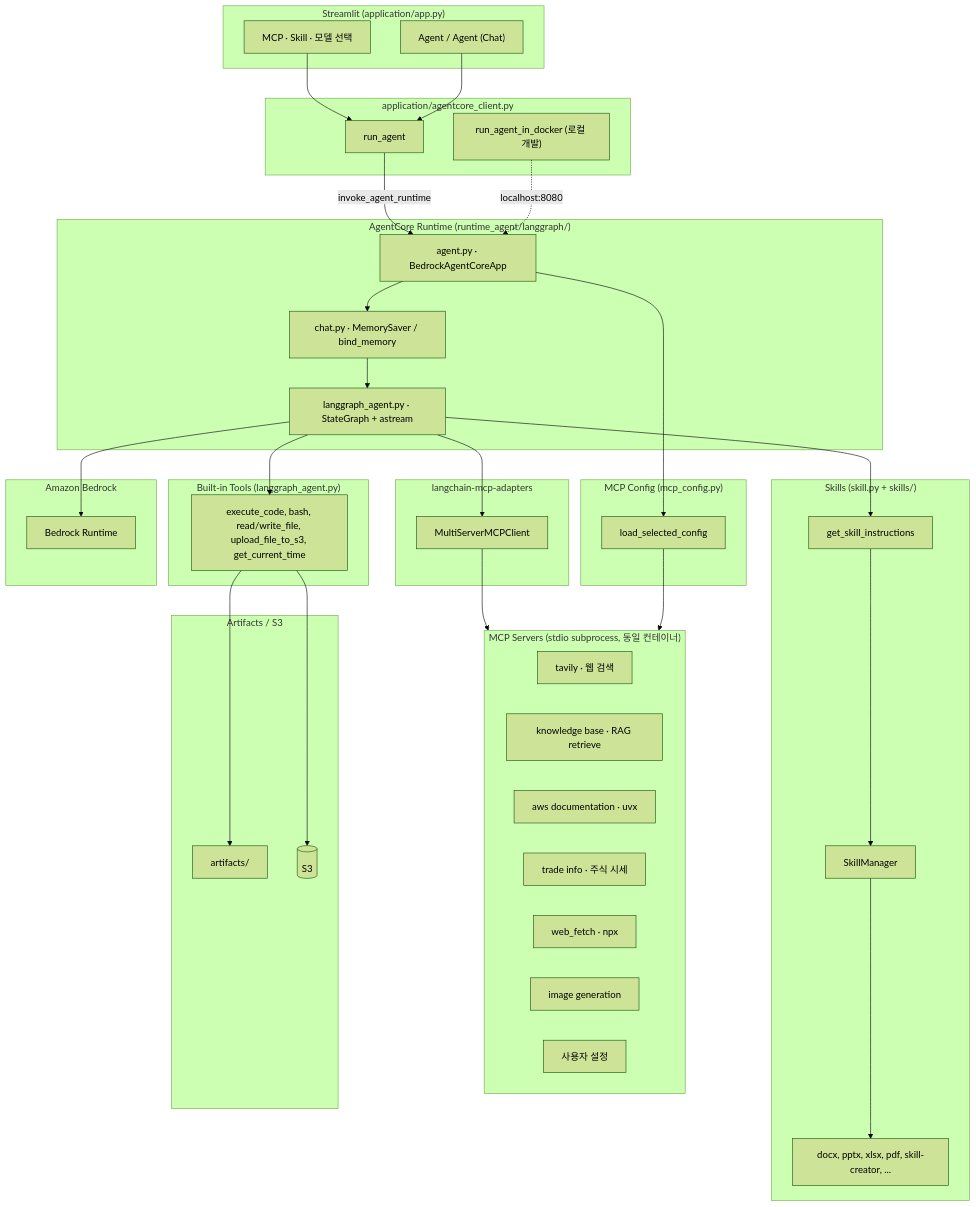
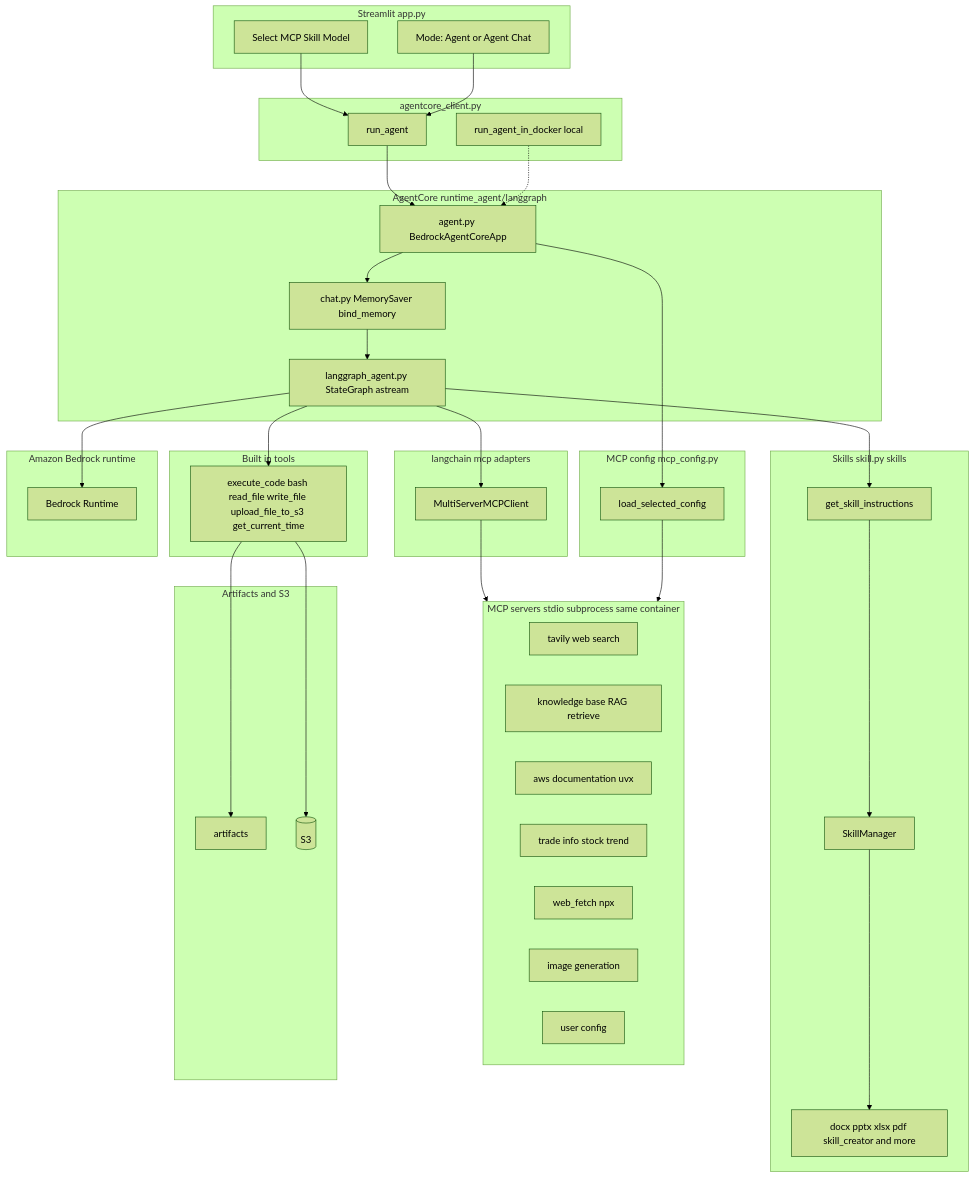
One commit to kyopark2014/langgraph-runtime changed the diagram in README.md. Above: the diagram before and after it, drawn with Mermaid (forest theme).

````diff
--- a/README.md
+++ b/README.md
@@ -19,77 +19,77 @@
 ```mermaid
 flowchart TB
-  subgraph UI["Streamlit (application/app.py)"]
-    MODE["Agent / Agent (Chat)"]
-    SEL["MCP · Skill · 모델 선택"]
+  subgraph UI["Streamlit app.py"]
+    MODE["Mode: Agent or Agent Chat"]
+    SEL["Select MCP Skill Model"]
   end
 
-  subgraph Client["application/agentcore_client.py"]
+  subgraph Client["agentcore_client.py"]
     RA[run_agent]
-    RD["run_agent_in_docker (로컬 개발)"]
+    RD["run_agent_in_docker local"]
   end
 
-  subgraph Runtime["AgentCore Runtime (runtime_agent/langgraph/)"]
-    AG["agent.py · BedrockAgentCoreApp"]
-    CHAT["chat.py · MemorySaver / bind_memory"]
-    LGA["langgraph_agent.py · StateGraph + astream"]
+  subgraph Runtime["AgentCore runtime_agent/langgraph"]
+    AG["agent.py BedrockAgentCoreApp"]
+    CHAT["chat.py MemorySaver bind_memory"]
+    LGA["langgraph_agent.py StateGraph astream"]
   end
 
-  subgraph BuiltIn["Built-in Tools (langgraph_agent.py)"]
-    LGB["execute_code, bash, read/write_file, upload_file_to_s3, get_current_time"]
+  subgraph BuiltIn["Built in tools"]
+    LGB["execute_code bash read_file write_file upload_file_to_s3 get_current_time"]
   end
 
-  subgraph Skills["Skills (skill.py + skills/)"]
+  subgraph Skills["Skills skill.py skills"]
     SKM[SkillManager]
     SKT[get_skill_instructions]
-    SKD["docx, pptx, xlsx, pdf, skill-creator, ..."]
+    SKD["docx pptx xlsx pdf skill_creator and more"]
   end
 
-  subgraph MCPConfig["MCP Config (mcp_config.py)"]
+  subgraph MCPConfig["MCP config mcp_config.py"]
     LSC[load_selected_config]
   end
 
-  subgraph MCPLocal["MCP Servers (stdio subprocess, 동일 컨테이너)"]
-    TV[tavily · 웹 검색]
-    KB[knowledge base · RAG retrieve]
-    AD[aws documentation · uvx]
-    TI[trade info · 주식 시세]
-    WF[web_fetch · npx]
+  subgraph MCPLocal["MCP servers stdio subprocess same container"]
+    TV["tavily web search"]
+    KB["knowledge base RAG retrieve"]
+    AD["aws documentation uvx"]
+    TI["trade info stock trend"]
+    WF["web_fetch npx"]
     IG[image generation]
-    UC[사용자 설정]
+    UC["user config"]
   end
 
-  subgraph MCPClient["langchain-mcp-adapters"]
+  subgraph MCPClient["langchain mcp adapters"]
     LGM[MultiServerMCPClient]
   end
 
-  subgraph LLM["Amazon Bedrock"]
+  subgraph LLM["Amazon Bedrock runtime"]
     BR[Bedrock Runtime]
   end
 
-  subgraph Storage["Artifacts / S3"]
-    ART[artifacts/]
+  subgraph Storage["Artifacts and S3"]
+    ART[artifacts]
     S3[(S3)]
   end
 
   MODE --> RA
   SEL --> RA
-  RD -.->|localhost:8080| AG
+  RD -.-> AG
 
-  RA -->|invoke_agent_runtime| AG
+  RA --> AG
   AG --> CHAT
   CHAT --> LGA
   LGA --> BR
   LGA --> LGB
   LGA --> LGM
   LGA --> SKT
 
   SKT --> SKM
   SKM --> SKD
 
   AG --> LSC
   LSC --> MCPLocal
   LGM --> MCPLocal
 
   LGB --> ART
   LGB --> S3
 ```
````
